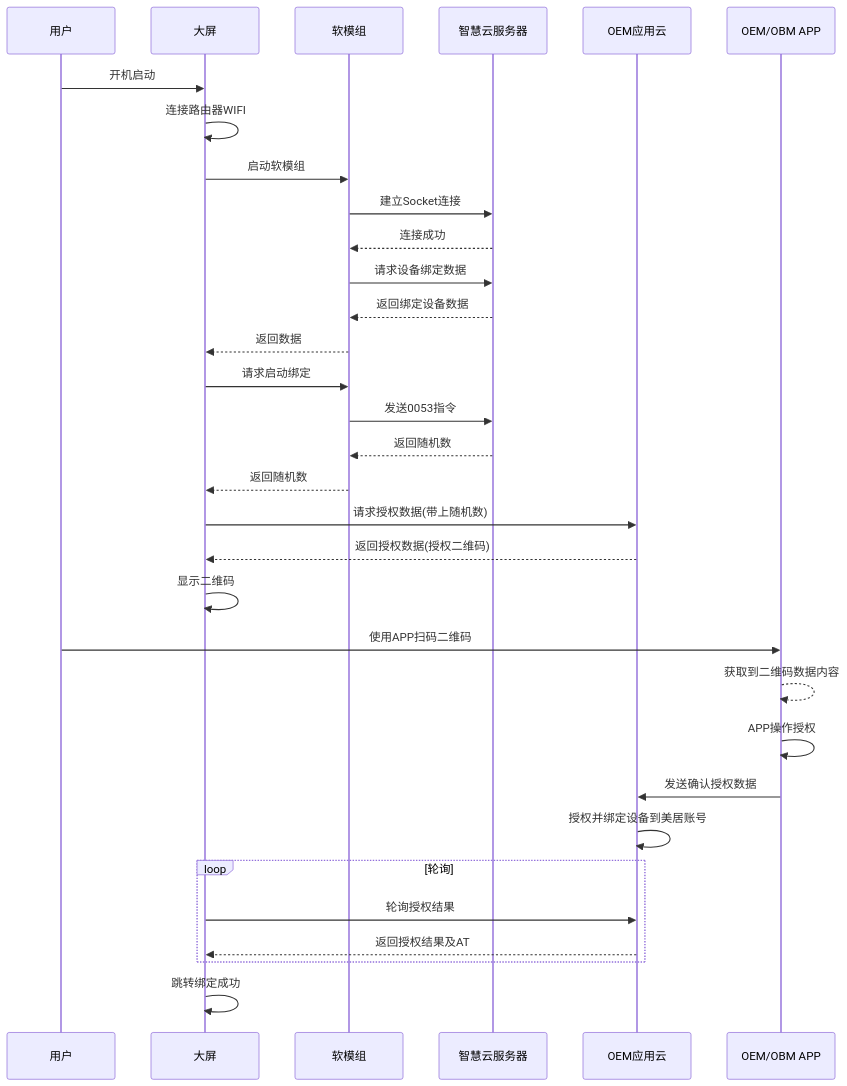
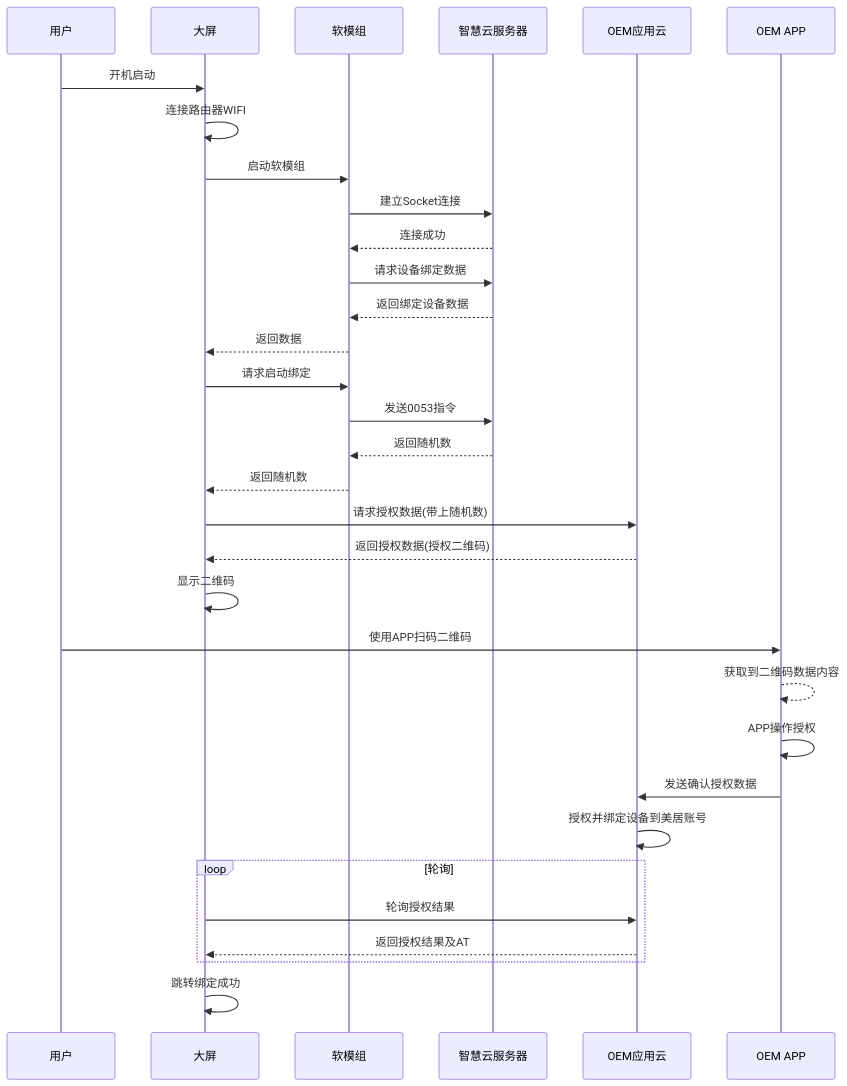
One commit to ixiaoyang8/iodraw-files changed the diagram in all/oem大屏扫码0053.md. Above: the diagram before and after it, drawn with Mermaid.

Commit message:
2026-09-17 11:38:11 update

````diff
--- a/all/oem大屏扫码0053.md
+++ b/all/oem大屏扫码0053.md
@@ -1,36 +1,36 @@
 ```mermaid
 sequenceDiagram
     participant U as 用户
     participant D as 大屏
     participant M as 软模组
     participant S as 智慧云服务器
     participant A as OEM应用云
-    participant P as OEM/OBM APP
+    participant P as OEM APP
 
     U->>D: 开机启动
     D->>D: 连接路由器WIFI
     D->>M: 启动软模组
     M->>S: 建立Socket连接
     S-->>M: 连接成功
     M->>S: 请求设备绑定数据
     S-->>M: 返回绑定设备数据
     M-->>D: 返回数据
     D->>M: 请求启动绑定
     M->>S: 发送0053指令
     S-->>M: 返回随机数
     M-->>D: 返回随机数
     D->>A: 请求授权数据(带上随机数)
     A-->>D: 返回授权数据(授权二维码)
     D->>D: 显示二维码
     U->>P: 使用APP扫码二维码
     P-->>P: 获取到二维码数据内容
     P->>P: APP操作授权
     P->>A: 发送确认授权数据
     A->>A: 授权并绑定设备到美居账号
     loop 轮询
         D->>A: 轮询授权结果
         A-->>D: 返回授权结果及AT
     end
     D->>D: 跳转绑定成功
 
 ```
````
